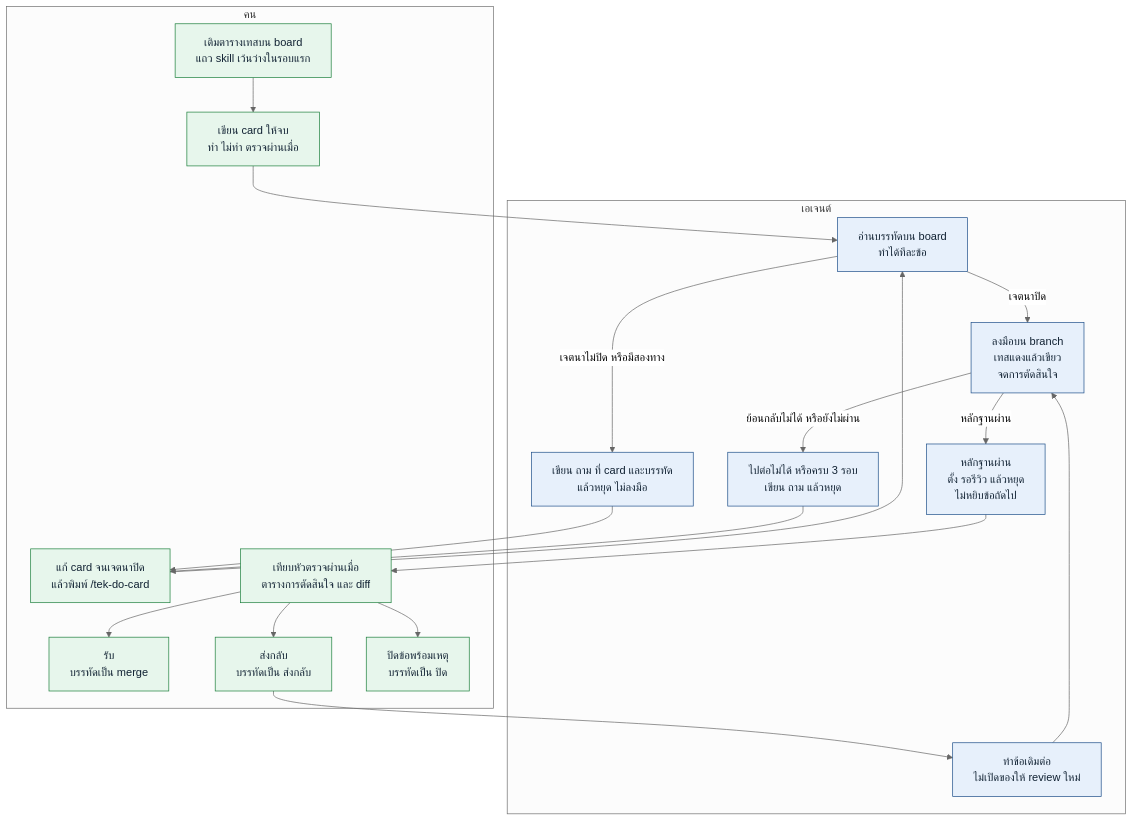
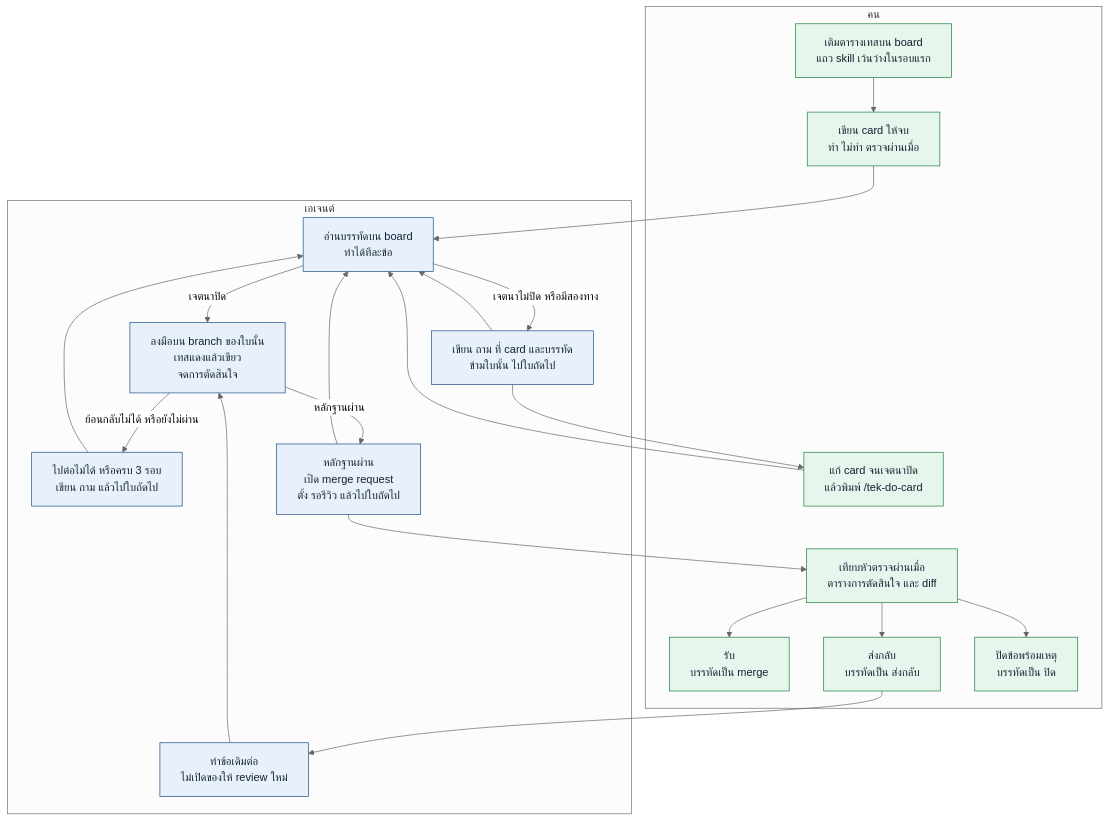
One commit to thitinan147/jtek-skill changed the diagram in README.md. Above: the diagram before and after it, drawn with Mermaid (neutral theme). The commit also changed other lines of this file and 14 other files, not shown here.

First line of the commit message:
feat: keep the queue moving on one branch per card

````diff
--- a/README.md
+++ b/README.md
@@ -81,39 +86,41 @@
 ```mermaid
 flowchart TD
   subgraph person ["คน"]
     fill["เติมตารางเทสบน board<br/>แถว skill เว้นว่างในรอบแรก"]
     card["เขียน card ให้จบ<br/>ทำ ไม่ทำ ตรวจผ่านเมื่อ"]
     edit["แก้ card จนเจตนาปิด<br/>แล้วพิมพ์ /tek-do-card"]
     look["เทียบหัวตรวจผ่านเมื่อ<br/>ตารางการตัดสินใจ และ diff"]
     done["รับ<br/>บรรทัดเป็น merge"]
     back["ส่งกลับ<br/>บรรทัดเป็น ส่งกลับ"]
     drop["ปิดข้อพร้อมเหตุ<br/>บรรทัดเป็น ปิด"]
   end
 
   subgraph agent ["เอเจนต์"]
     line["อ่านบรรทัดบน board<br/>ทำได้ทีละข้อ"]
-    ask["เขียน ถาม ที่ card และบรรทัด<br/>แล้วหยุด ไม่ลงมือ"]
-    work["ลงมือบน branch<br/>เทสแดงแล้วเขียว<br/>จดการตัดสินใจ"]
-    stuck["ไปต่อไม่ได้ หรือครบ 3 รอบ<br/>เขียน ถาม แล้วหยุด"]
-    wait["หลักฐานผ่าน<br/>ตั้ง รอรีวิว แล้วหยุด<br/>ไม่หยิบข้อถัดไป"]
+    ask["เขียน ถาม ที่ card และบรรทัด<br/>ข้ามใบนั้น ไปใบถัดไป"]
+    work["ลงมือบน branch ของใบนั้น<br/>เทสแดงแล้วเขียว<br/>จดการตัดสินใจ"]
+    stuck["ไปต่อไม่ได้ หรือครบ 3 รอบ<br/>เขียน ถาม แล้วไปใบถัดไป"]
+    wait["หลักฐานผ่าน<br/>เปิด merge request<br/>ตั้ง รอรีวิว แล้วไปใบถัดไป"]
     again["ทำข้อเดิมต่อ<br/>ไม่เปิดของให้ review ใหม่"]
   end
 
   fill --> card --> line
   line -->|เจตนาไม่ปิด หรือมีสองทาง| ask
+  ask --> line
   ask --> edit --> line
   line -->|เจตนาปิด| work
   work -->|ย้อนกลับไม่ได้ หรือยังไม่ผ่าน| stuck
-  stuck --> edit
+  stuck --> line
   work -->|หลักฐานผ่าน| wait
+  wait --> line
   wait --> look
   look --> done
   look --> back
   look --> drop
   back --> again --> work
 
   classDef human fill:#e7f6ec,stroke:#1b7f3b,color:#123
   classDef bot fill:#e7f0fb,stroke:#1d4e89,color:#123
   class fill,card,edit,look,done,back,drop human
   class line,ask,work,stuck,wait,again bot
 ```
````
